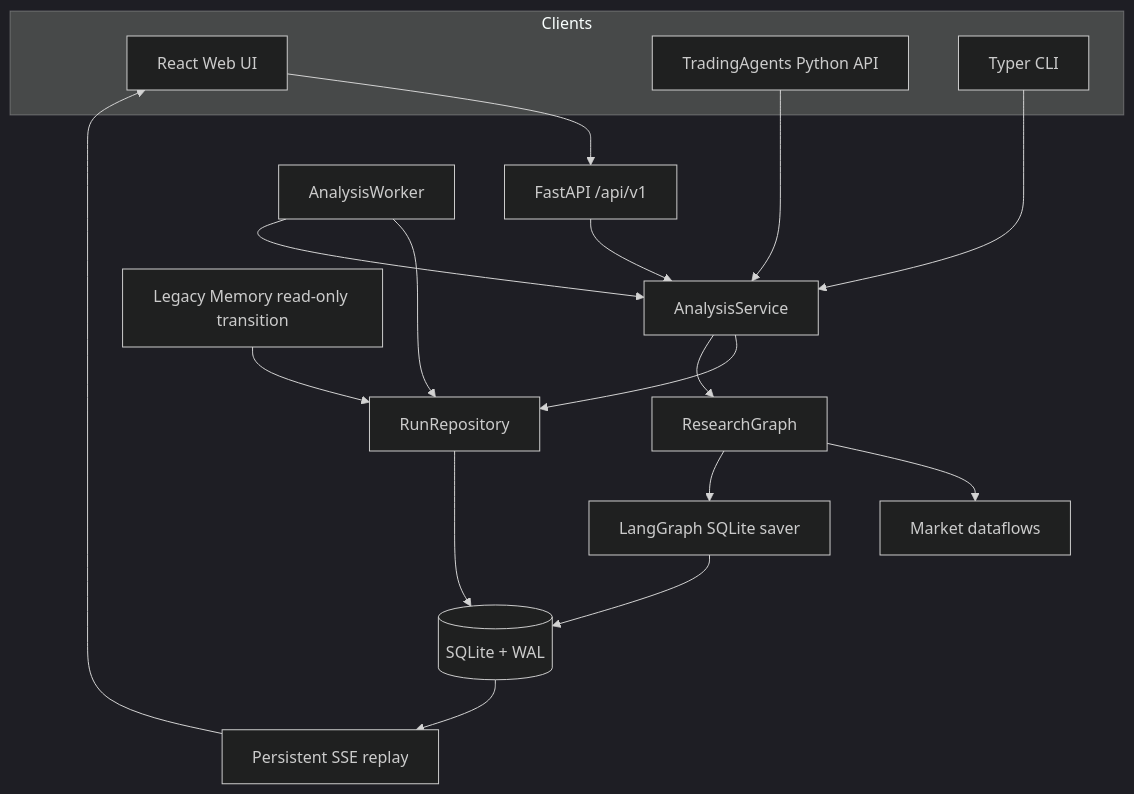
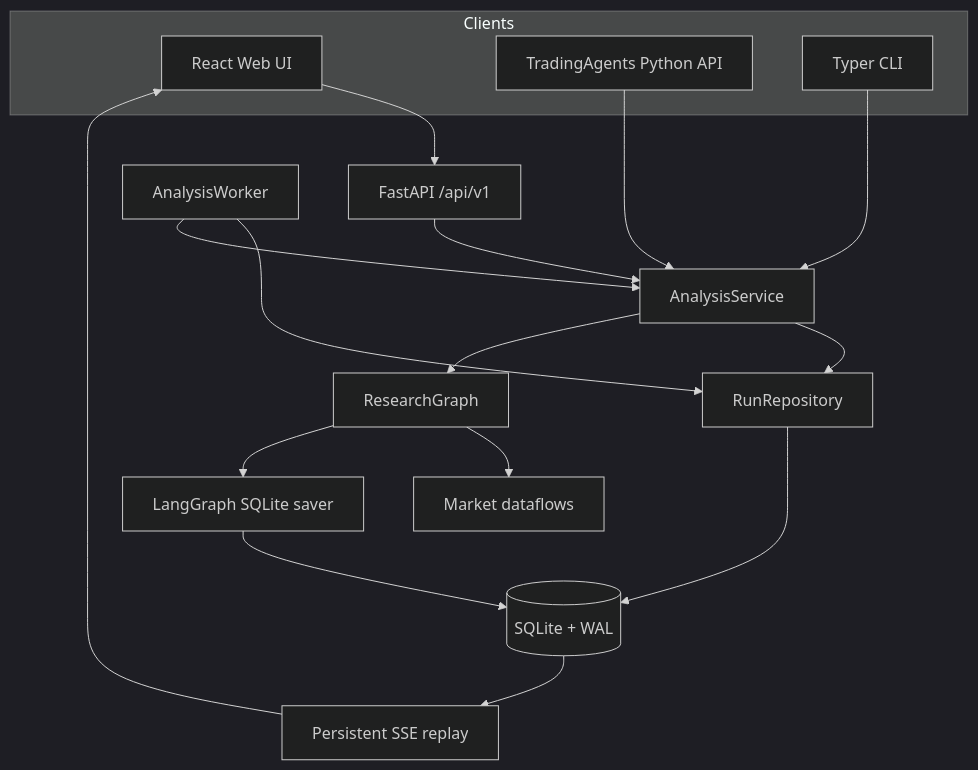
One commit to qingchiang/trading-agents-x changed the first of 2 diagrams in docs/architecture.md. Above: the diagram before and after it, drawn with Mermaid (dark theme). The commit also changed other lines of this file and 62 other files, not shown here.

````diff
--- a/docs/architecture.md
+++ b/docs/architecture.md
@@ -25,24 +25,23 @@
 ```mermaid
 flowchart TB
     subgraph Clients
         WEB["React Web UI"]
         PY["TradingAgents Python API"]
         CLI["Typer CLI"]
     end
 
     WEB --> HTTP["FastAPI /api/v1"]
     HTTP --> SERVICE["AnalysisService"]
     PY --> SERVICE
     CLI --> SERVICE
     SERVICE --> REPO["RunRepository"]
     REPO --> DB[("SQLite + WAL")]
     WORKER["AnalysisWorker"] --> REPO
     WORKER --> SERVICE
     SERVICE --> GRAPH["ResearchGraph"]
     GRAPH --> DATA["Market dataflows"]
     GRAPH --> CHECKPOINT["LangGraph SQLite saver"]
     CHECKPOINT --> DB
-    LEGACY["Legacy Memory read-only transition"] --> REPO
     DB --> SSE["Persistent SSE replay"]
     SSE --> WEB
 ```
````
